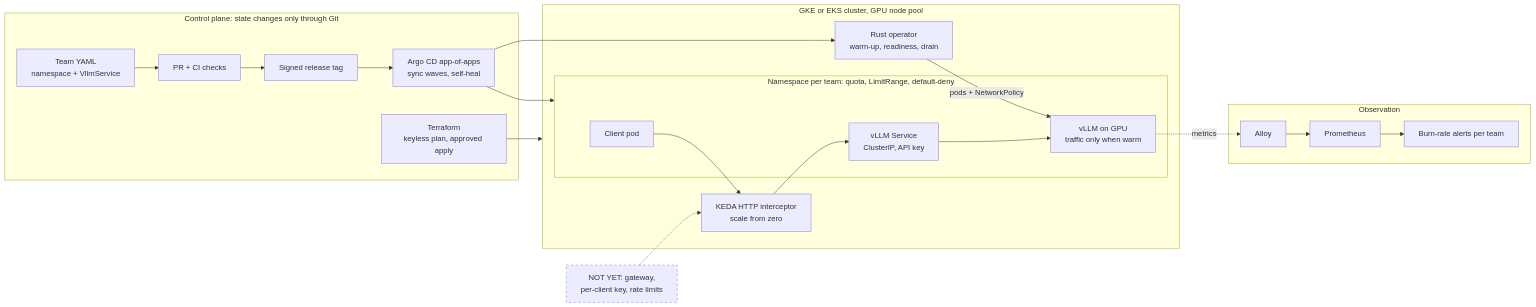
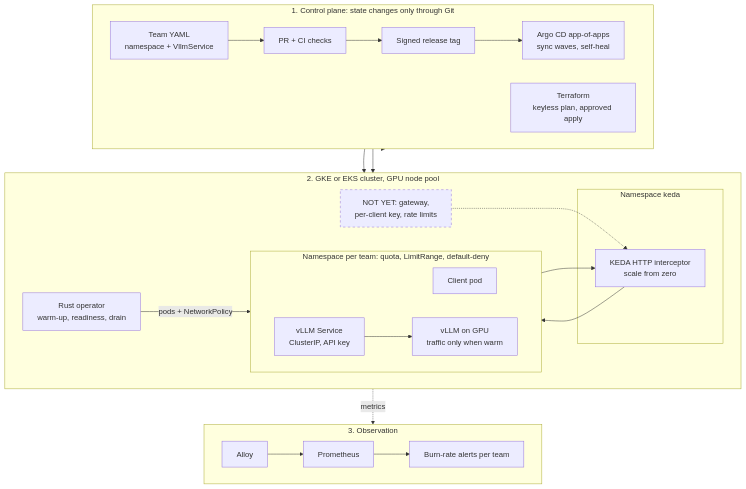
Before and after one commit to MicheleCampi/llm-inference-platform: the diagram in conversations/2026-11-03-platform-engineer/platform.md, drawn with Mermaid.

Commit message:
platform.md: architecture diagram top-down in three bands
Claude-Session: https://claude.ai/code/session_01NRUuZ74Qa8mWq7F9K3sp5N

````diff
--- a/conversations/2026-11-03-platform-engineer/platform.md
+++ b/conversations/2026-11-03-platform-engineer/platform.md
@@ -47,30 +47,33 @@
 ```mermaid
-flowchart LR
-  subgraph CP["Control plane: state changes only through Git"]
-    T["Team YAML<br/>namespace + VllmService"] --> PR["PR + CI checks"]
-    PR --> TAG["Signed release tag"]
-    TAG --> ARGO["Argo CD app-of-apps<br/>sync waves, self-heal"]
+flowchart TB
+  subgraph CP["1. Control plane: state changes only through Git"]
+    direction LR
+    T["Team YAML<br/>namespace + VllmService"] --> PR["PR + CI checks"] --> TAG["Signed release tag"] --> ARGO["Argo CD app-of-apps<br/>sync waves, self-heal"]
     TF["Terraform<br/>keyless plan, approved apply"]
   end
-  subgraph CL["GKE or EKS cluster, GPU node pool"]
+  subgraph CL["2. GKE or EKS cluster, GPU node pool"]
+    direction LR
+    GW["NOT YET: gateway,<br/>per-client key, rate limits"]:::gap
     OP["Rust operator<br/>warm-up, readiness, drain"]
-    KEDA["KEDA HTTP interceptor<br/>scale from zero"]
+    subgraph KNS["Namespace keda"]
+      KEDA["KEDA HTTP interceptor<br/>scale from zero"]
+    end
     subgraph NS["Namespace per team: quota, LimitRange, default-deny"]
+      direction LR
       CLIENT["Client pod"]
-      SVC["vLLM Service<br/>ClusterIP, API key"]
-      VLLM["vLLM on GPU<br/>traffic only when warm"]
+      SVC["vLLM Service<br/>ClusterIP, API key"] --> VLLM["vLLM on GPU<br/>traffic only when warm"]
     end
   end
-  subgraph OBS["Observation"]
+  subgraph OBS["3. Observation"]
+    direction LR
     ALLOY["Alloy"] --> PROM["Prometheus"] --> ALERT["Burn-rate alerts per team"]
   end
-  GW["NOT YET: gateway,<br/>per-client key, rate limits"]:::gap
   TF --> CL
+  ARGO --> OP
   ARGO --> NS
-  ARGO --> OP
+  CLIENT --> KEDA --> SVC
   OP -->|"pods + NetworkPolicy"| VLLM
-  CLIENT --> KEDA --> SVC --> VLLM
   GW -.-> KEDA
   VLLM -.->|metrics| ALLOY
   classDef gap stroke-dasharray: 5 5
 ```
````
